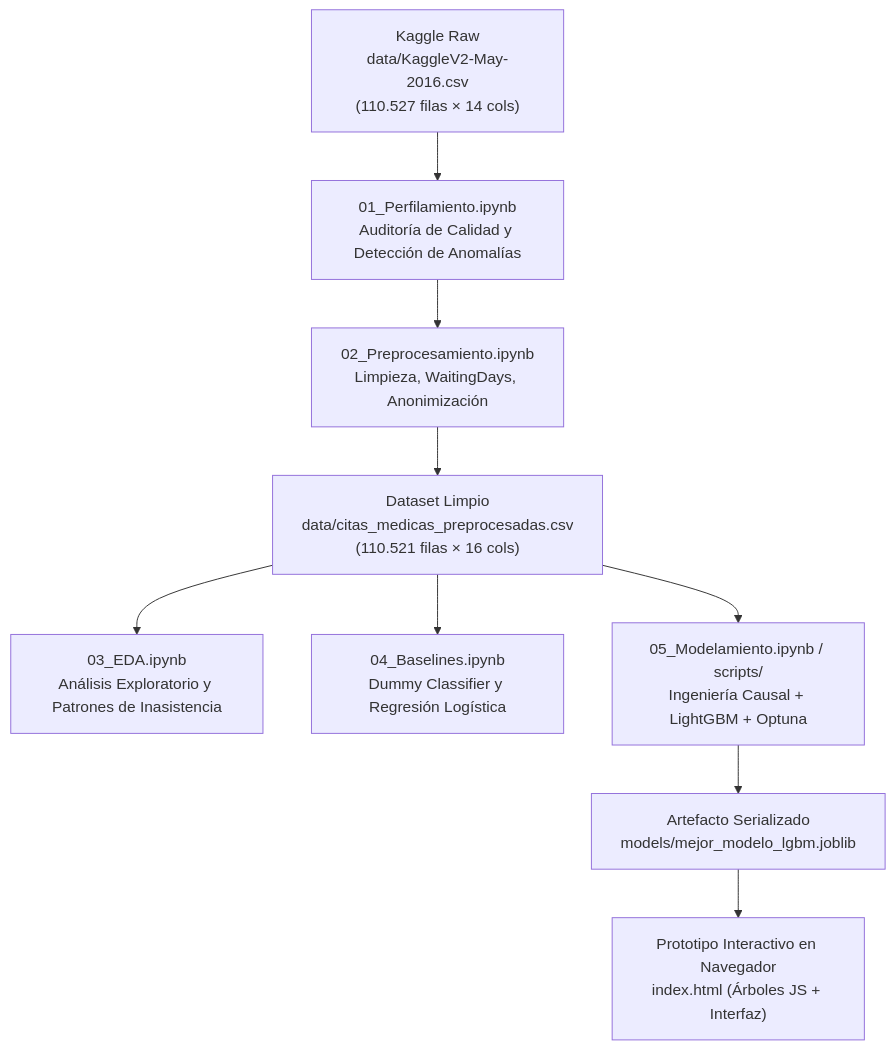
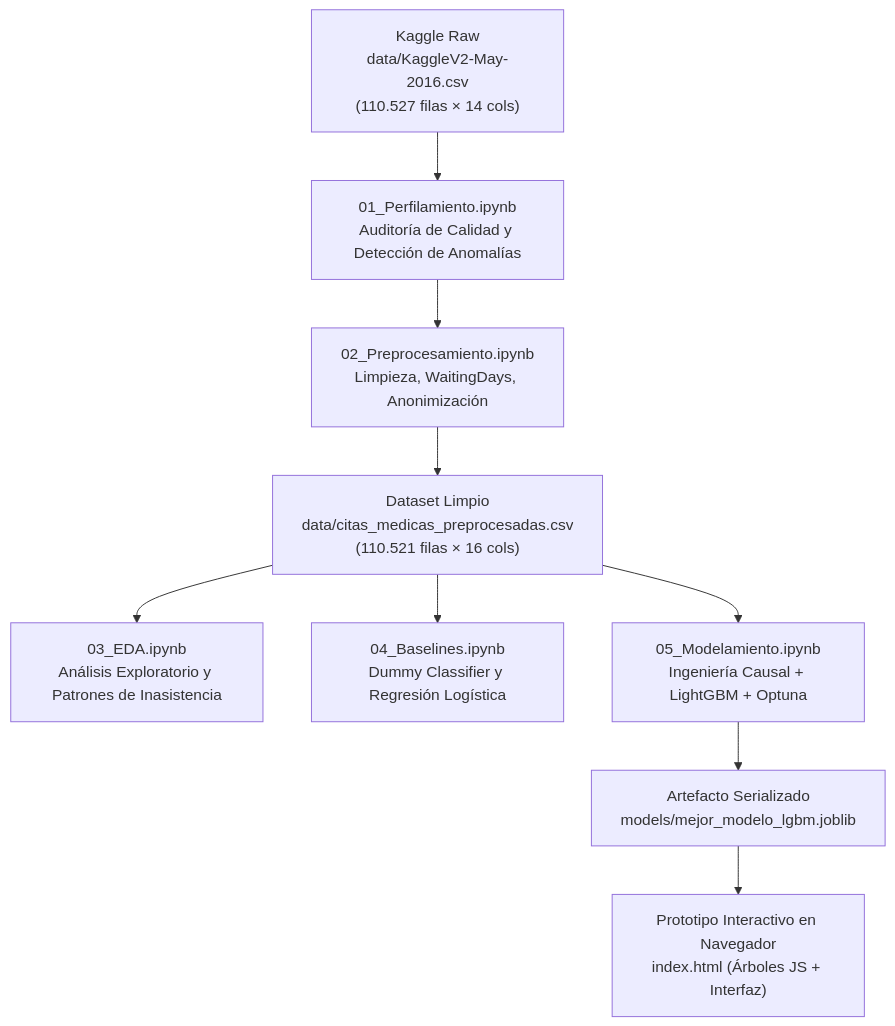
One commit to DiegoxD5487/prediccion-inasistencias changed the diagram in README.md. Above: the diagram before and after it, drawn with Mermaid. The commit also changed other lines of this file and 27 other files, not shown here.

````diff
--- a/README.md
+++ b/README.md
@@ -125,11 +125,11 @@
 ```mermaid
 flowchart TD
     A["Kaggle Raw<br>data/KaggleV2-May-2016.csv<br>(110.527 filas × 14 cols)"] --> B["01_Perfilamiento.ipynb<br>Auditoría de Calidad y Detección de Anomalías"]
     B --> C["02_Preprocesamiento.ipynb<br>Limpieza, WaitingDays, Anonimización"]
     C --> D["Dataset Limpio<br>data/citas_medicas_preprocesadas.csv<br>(110.521 filas × 16 cols)"]
     D --> E["03_EDA.ipynb<br>Análisis Exploratorio y Patrones de Inasistencia"]
     D --> F["04_Baselines.ipynb<br>Dummy Classifier y Regresión Logística"]
-    D --> G["05_Modelamiento.ipynb / scripts/<br>Ingeniería Causal + LightGBM + Optuna"]
+    D --> G["05_Modelamiento.ipynb<br>Ingeniería Causal + LightGBM + Optuna"]
     G --> H["Artefacto Serializado<br>models/mejor_modelo_lgbm.joblib"]
     H --> I["Prototipo Interactivo en Navegador<br>index.html (Árboles JS + Interfaz)"]
 ```
````
